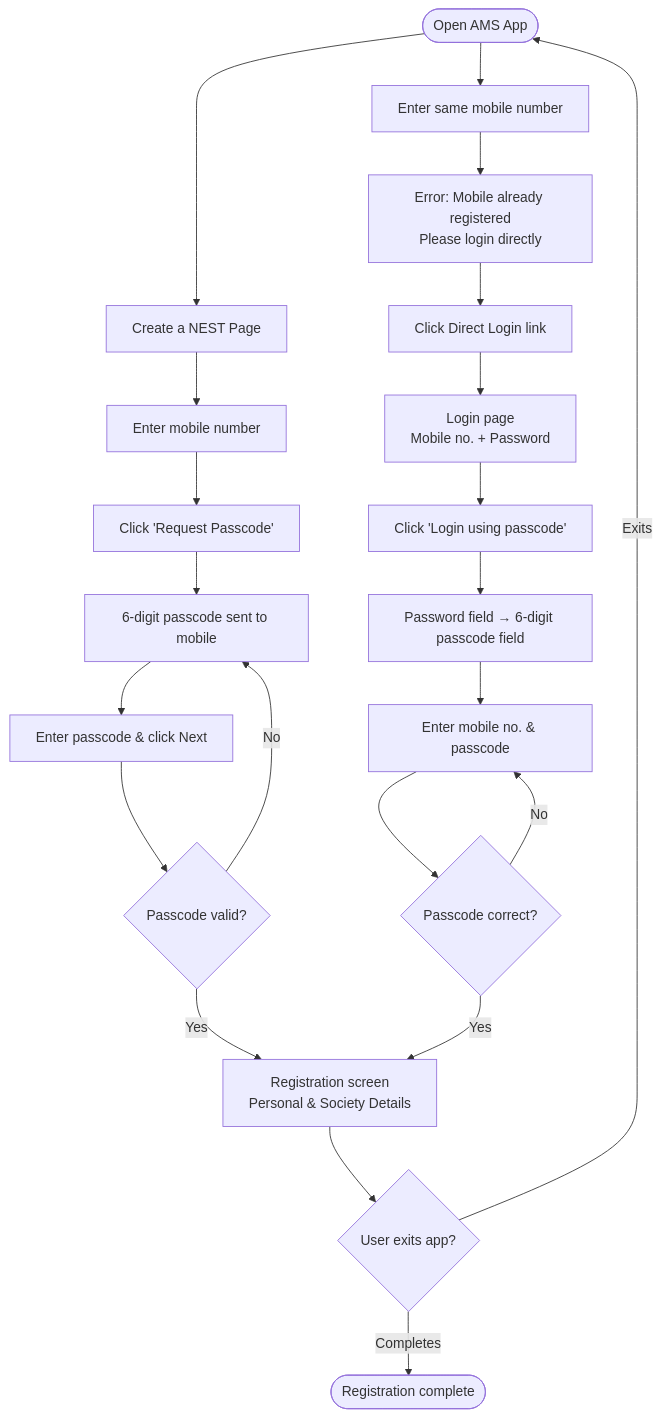
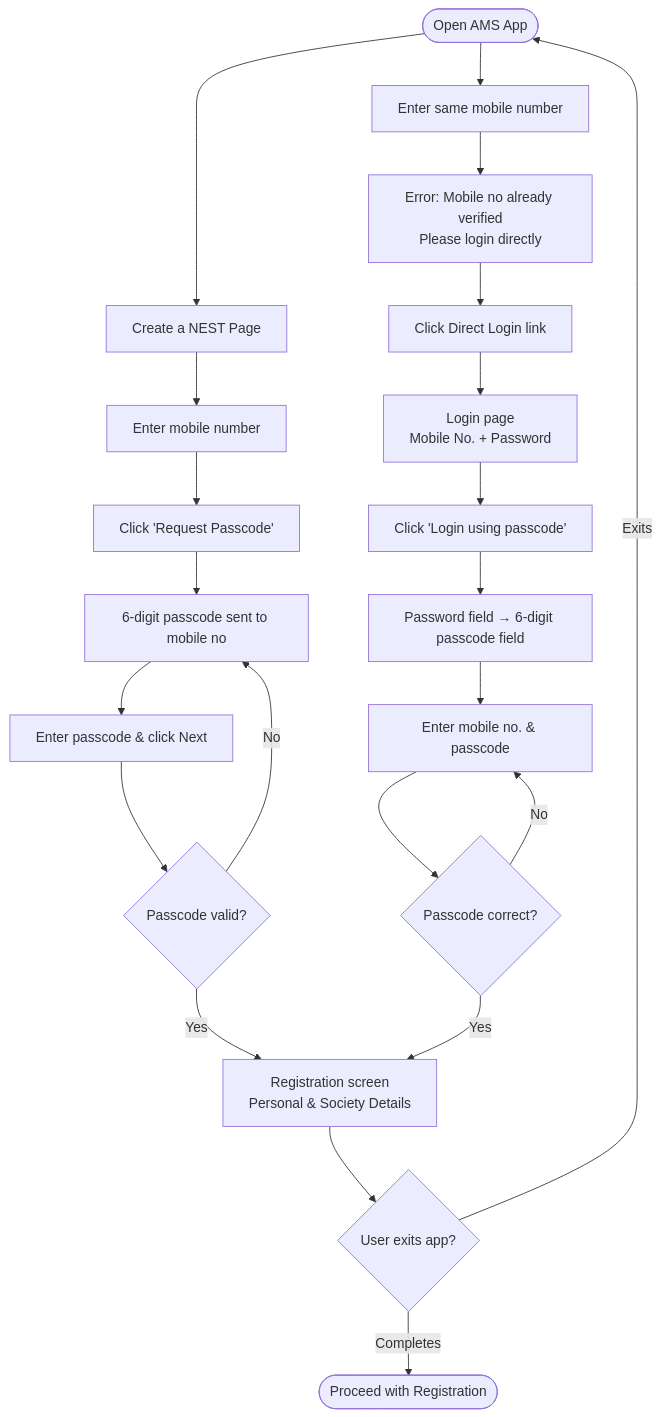
One commit to Hrithik-Byteflow/AMS-Documentation changed the diagram in docs/Functional_Requirements/CommunityAdmin_UserOnboarding&ResidentOversight/User_Registration_Alternate_Flow.md. Above: the diagram before and after it, drawn with Mermaid.

````diff
--- a/docs/Functional_Requirements/CommunityAdmin_UserOnboarding&ResidentOversight/User_Registration_Alternate_Flow.md
+++ b/docs/Functional_Requirements/CommunityAdmin_UserOnboarding&ResidentOversight/User_Registration_Alternate_Flow.md
@@ -6,30 +6,30 @@
 ```mermaid
 flowchart TD
     A([Open AMS App])
 
     A --> B[Create a NEST Page]
     A --> J[Enter same mobile number]
 
     B --> C[Enter mobile number]
     C --> D[Click 'Request Passcode']
-    D --> E[6-digit passcode sent to mobile]
+    D --> E[6-digit passcode sent to mobile no]
     E --> F[Enter passcode & click Next]
     F --> G{Passcode valid?}
     G -- No --> E
     G -- Yes --> R
 
-    J --> K[Error: Mobile already registered\nPlease login directly]
+    J --> K[Error: Mobile no already verified\nPlease login directly]
     K --> L[Click Direct Login link]
-    L --> M[Login page\nMobile no. + Password]
+    L --> M[Login page\nMobile No. + Password]
     M --> N[Click 'Login using passcode']
     N --> O[Password field → 6-digit passcode field]
     O --> P[Enter mobile no. & passcode]
     P --> Q{Passcode correct?}
     Q -- No --> P
     Q -- Yes --> R
 
     R[Registration screen\nPersonal & Society Details]
     R --> S{User exits app?}
-    S -- Completes --> T([Registration complete])
+    S -- Completes --> T([Proceed with Registration])
     S -- Exits --> A
 ```
````
